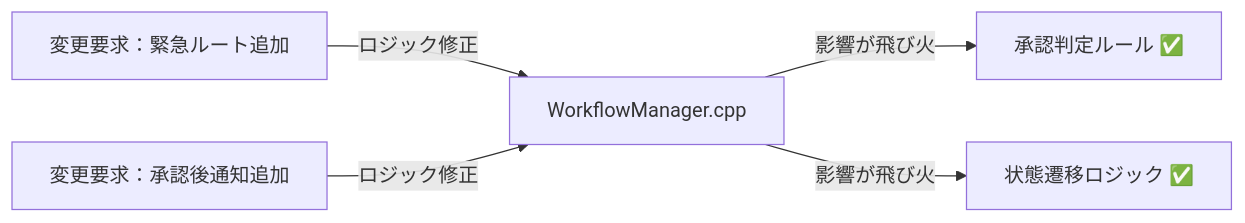
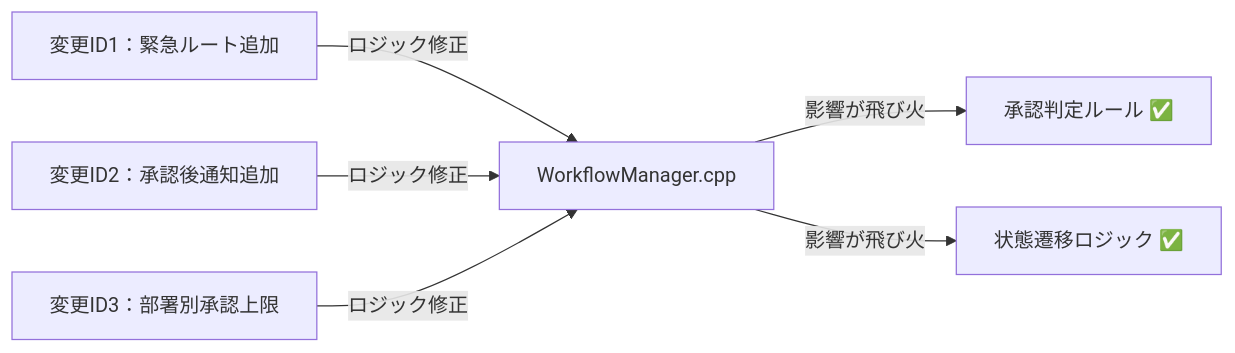
Before and after one commit to kumachan1101-pixel/DesignPattern: the ninth of 23 diagrams in kindle/design-patterns/output/chapter12.md, drawn with Mermaid. The commit also changed other lines of this file, not shown here.

````diff
--- a/kindle/design-patterns/output/chapter12.md
+++ b/kindle/design-patterns/output/chapter12.md
@@ -1051,7 +1092,8 @@
 ```mermaid
 graph LR
-    T1["変更要求：緊急ルート追加"] -->|"ロジック修正"| B["WorkflowManager.cpp"]
-    T2["変更要求：承認後通知追加"] -->|"ロジック修正"| B
+    T1["変更ID1：緊急ルート追加"] -->|"ロジック修正"| B["WorkflowManager.cpp"]
+    T2["変更ID2：承認後通知追加"] -->|"ロジック修正"| B
+    T3["変更ID3：部署別承認上限"] -->|"ロジック修正"| B
     B -->|"影響が飛び火"| C["承認判定ルール ✅"]
     B -->|"影響が飛び火"| D["状態遷移ロジック ✅"]
 ```
````
